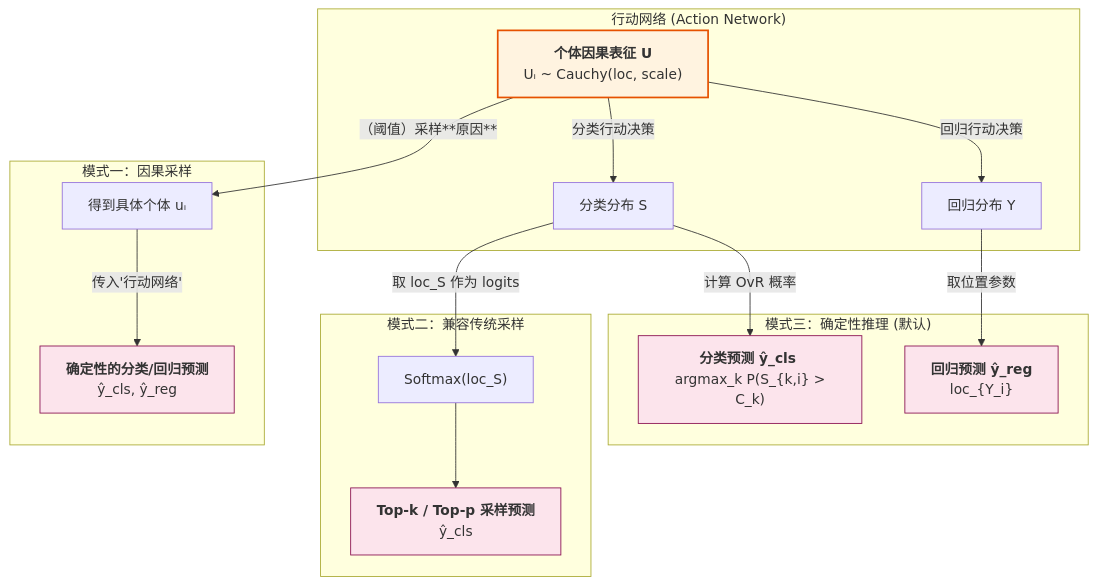
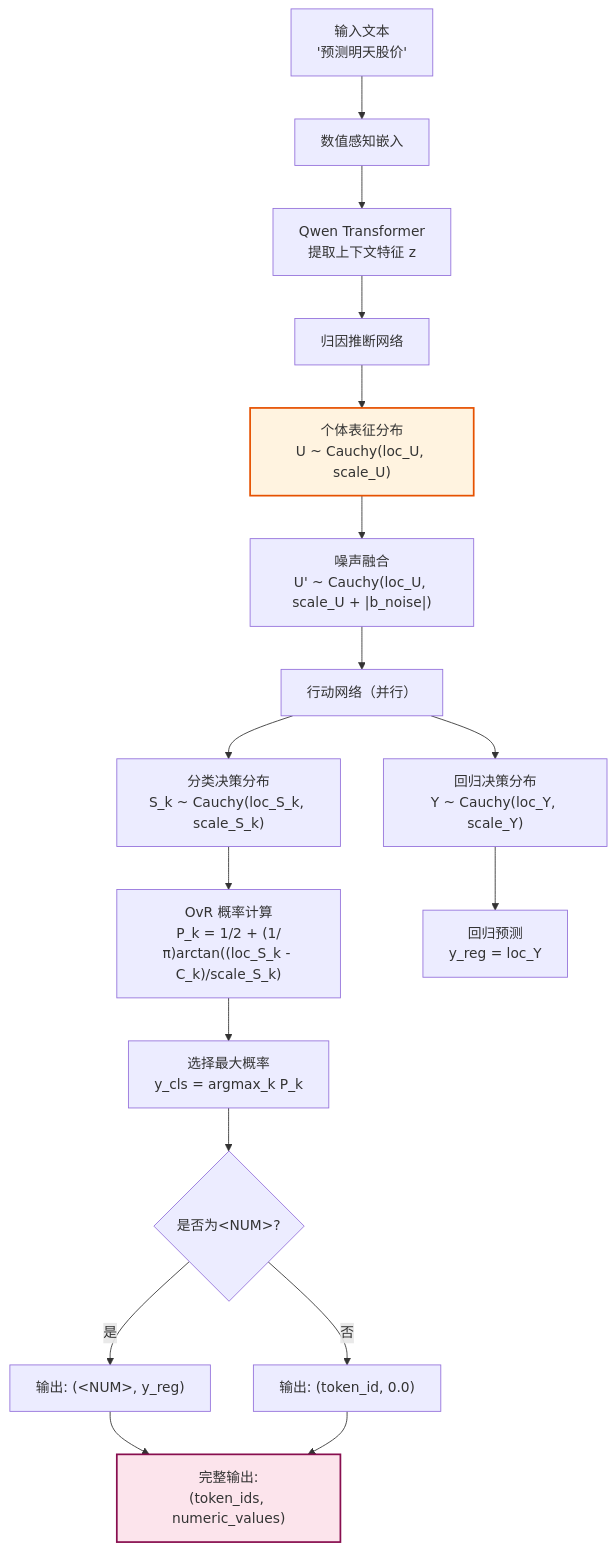
The first of 7 diagrams in docs/math_deep_dive/02_inference.md (1587causalai/CausalQwen), drawn with Mermaid before and after one commit. The commit also changed other lines of this file and 6 other files, not shown here.

````diff
--- a/docs/math_deep_dive/02_inference.md
+++ b/docs/math_deep_dive/02_inference.md
@@ -63,29 +31,30 @@
 ```mermaid
-graph TD
-    A["<b>个体因果表征 U</b><br>Uᵢ ~ Cauchy(loc, scale)"];
-
-    subgraph "行动网络 (Action Network)"
-        A -- "分类行动决策" --> B["分类分布 S"];
-        A -- "回归行动决策" --> C["回归分布 Y"];
-    end
-
-    subgraph "模式三：确定性推理 (默认)"
-        B -- "计算 OvR 概率" --> D["<b>分类预测 ŷ_cls </b><br> argmax_k P(S_{k,i} > C_k)"];
-        C -- "取位置参数" --> E["<b>回归预测 ŷ_reg </b><br> loc_{Y_i}"];
-    end
-    subgraph "模式二：兼容传统采样"
-        B -- "取 loc_S 作为 logits" --> H["Softmax(loc_S)"];
-        H --> I["<b>Top-k / Top-p 采样预测</b> <br> ŷ_cls"];
-    end
-
-    subgraph "模式一：因果采样"
-        A -- "（阈值）采样**原因**" --> F["得到具体个体 uᵢ"];
-        F -- "传入'行动网络'" --> G["<b>确定性的分类/回归预测</b> <br> ŷ_cls, ŷ_reg"];
-    end
-
-    style A fill:#fff3e0,stroke:#e65100,stroke-width:2px
-    style D fill:#fce4ec,stroke:#880e4f
-    style E fill:#fce4ec,stroke:#880e4f
-    style G fill:#fce4ec,stroke:#880e4f
-    style I fill:#fce4ec,stroke:#880e4f
+graph TB
+    Start["输入文本<br>'预测明天股价'"] --> Embed["数值感知嵌入"]
+    Embed --> Qwen["Qwen Transformer<br>提取上下文特征 z"]
+    Qwen --> Abduction["归因推断网络"]
+    
+    Abduction --> U["个体表征分布<br>U ~ Cauchy(loc_U, scale_U)"]
+    
+    U --> Noise["噪声融合<br>U' ~ Cauchy(loc_U, scale_U + |b_noise|)"]
+    
+    Noise --> Action["行动网络（并行）"]
+    
+    Action --> ClassDist["分类决策分布<br>S_k ~ Cauchy(loc_S_k, scale_S_k)"]
+    Action --> RegDist["回归决策分布<br>Y ~ Cauchy(loc_Y, scale_Y)"]
+    
+    ClassDist --> OvR["OvR 概率计算<br>P_k = 1/2 + (1/π)arctan((loc_S_k - C_k)/scale_S_k)"]
+    RegDist --> RegPred["回归预测<br>y_reg = loc_Y"]
+    
+    OvR --> ArgMax["选择最大概率<br>y_cls = argmax_k P_k"]
+    
+    ArgMax --> Decision{是否为&lt;NUM&gt;?}
+    Decision -->|是| NumOutput["输出: (&lt;NUM&gt;, y_reg)"]
+    Decision -->|否| TextOutput["输出: (token_id, 0.0)"]
+    
+    NumOutput --> FinalOutput["完整输出:<br>(token_ids, numeric_values)"]
+    TextOutput --> FinalOutput
+    
+    style U fill:#fff3e0,stroke:#e65100,stroke-width:2px
+    style FinalOutput fill:#fce4ec,stroke:#880e4f,stroke-width:2px
 ```
````
